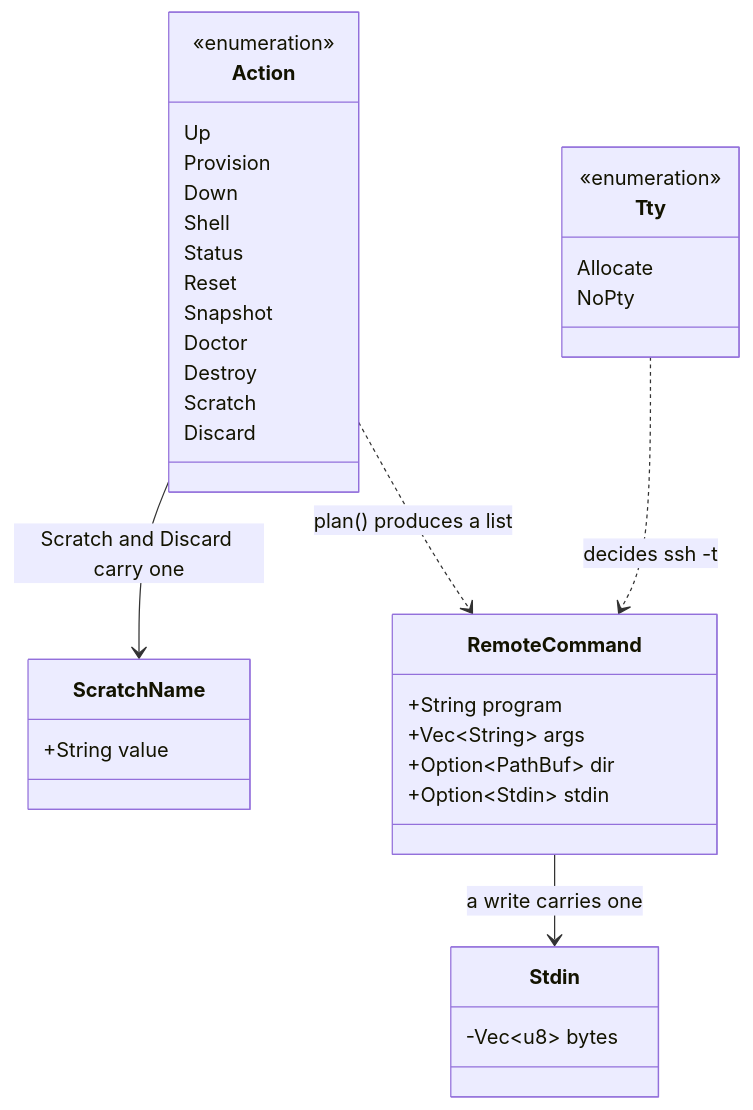
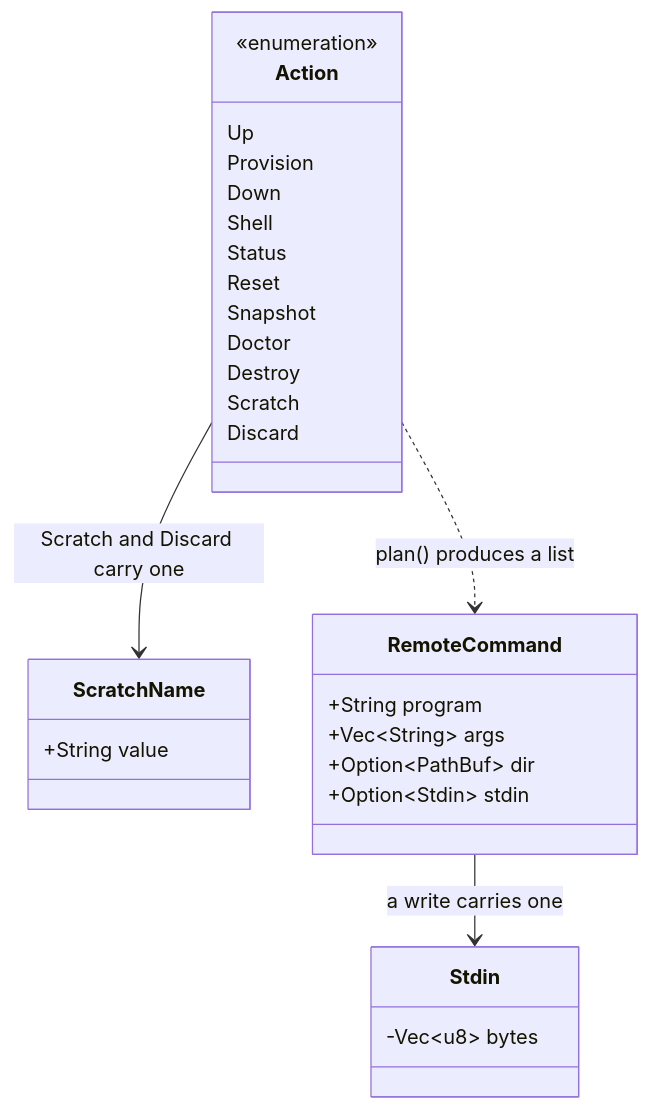
One commit to breki/bombyx changed the fourth of 6 diagrams in docs/architecture.md. Above: the diagram before and after it, drawn with Mermaid. The commit also changed other lines of this file and 20 other files, not shown here.

````diff
--- a/docs/architecture.md
+++ b/docs/architecture.md
@@ -375,39 +225,33 @@
 ```mermaid
 classDiagram
   class Action {
     <<enumeration>>
     Up
     Provision
     Down
     Shell
     Status
     Reset
     Snapshot
     Doctor
     Destroy
     Scratch
     Discard
   }
   class ScratchName {
     +String value
   }
   class RemoteCommand {
     +String program
     +Vec~String~ args
     +Option~PathBuf~ dir
     +Option~Stdin~ stdin
   }
   class Stdin {
     -Vec~u8~ bytes
   }
-  class Tty {
-    <<enumeration>>
-    Allocate
-    NoPty
-  }
 
   Action --> ScratchName : Scratch and Discard carry one
   RemoteCommand --> Stdin : a write carries one
   Action ..> RemoteCommand : plan() produces a list
-  Tty ..> RemoteCommand : decides ssh -t
 ```
````
